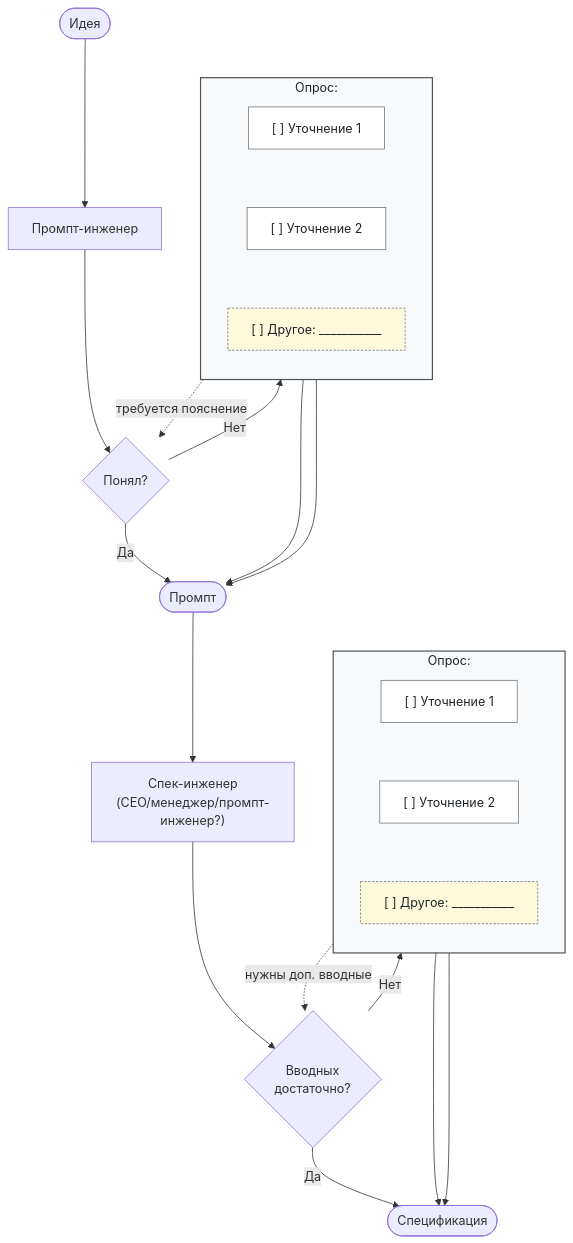
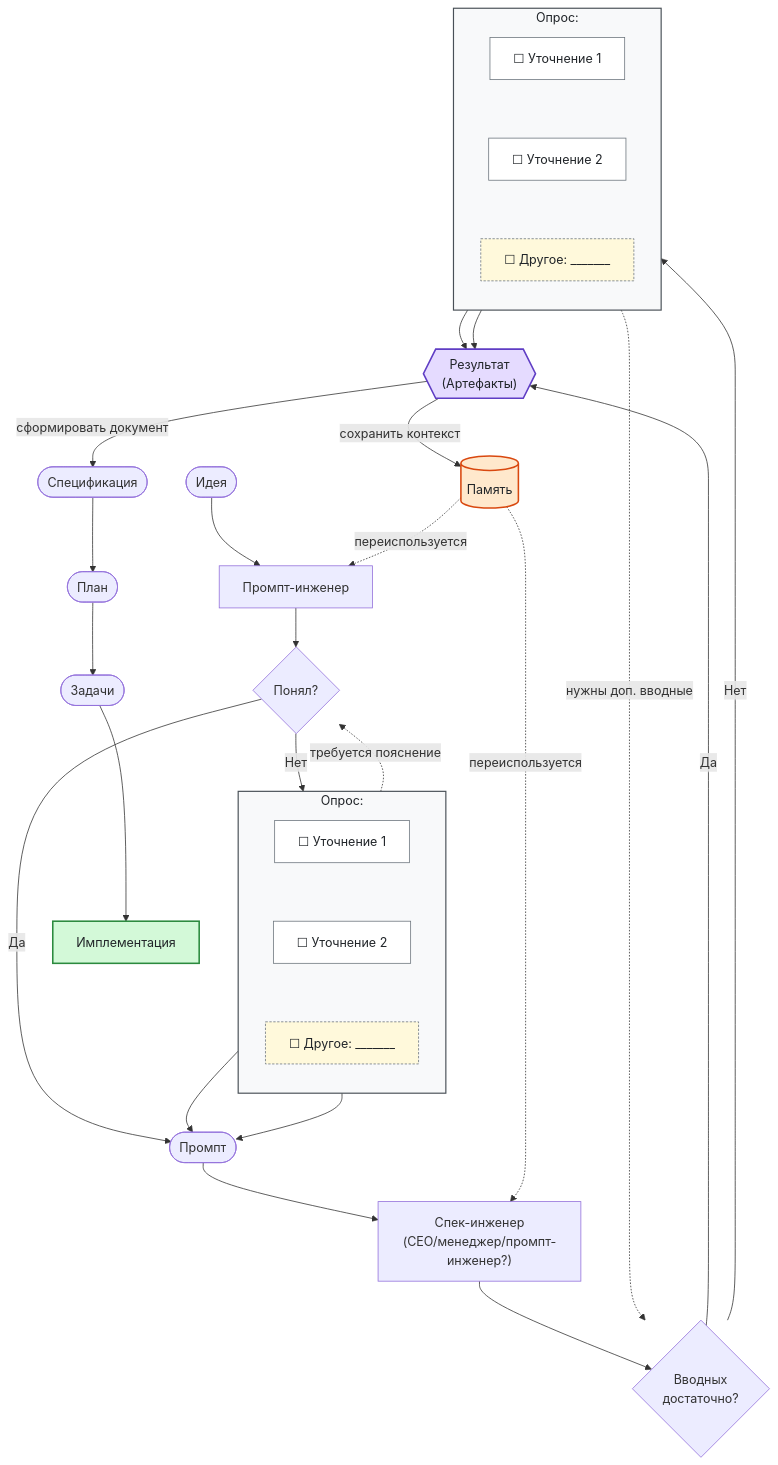
Before and after one commit to teratron/magic-spec: the diagram in .drafts/блок-схема.md, drawn with Mermaid. The commit also changed other lines of this file and 1 other file, not shown here.

Commit message:
Please provide the diff or the list of changes you would like summarized.

````diff
--- a/.drafts/блок-схема.md
+++ b/.drafts/блок-схема.md
@@ -3,55 +5,75 @@
 ```mermaid
 flowchart TD
     %% ================= БЛОК 1: ИДЕЯ -> ПРОМПТ =================
     A(["Идея"]) --> B["Промпт-инженер"] --> C{"Понял?"}
 
     C -->|Нет| D1
 
     subgraph D["Опрос:"]
         direction TB
-        D1["[ ] Уточнение 1"]
-        D2["[ ] Уточнение 2"]
-        D3["[ ] Другое: ___________"]
+        D1["☐ Уточнение 1"]
+        D2["☐ Уточнение 2"]
+        D3["☐ Другое: _______"]
         D1 ~~~ D2
         D2 ~~~ D3
     end
 
     D1 --> E(["Промпт"])
     D2 --> E
     D3 -.->|требуется пояснение| C
     C -->|Да| E
 
     %% не даёт "Промпт" всплыть на уровень D3
     D3 ~~~ E
 
     %% ================= БЛОК 2: ПРОМПТ -> СПЕЦИФИКАЦИЯ =================
     E --> F["Спек-инженер<br />(CEO/менеджер/промпт-инженер?)"] --> G{"Вводных<br />достаточно?"}
 
     G -->|Нет| S1
 
     subgraph S["Опрос:"]
         direction TB
-        S1["[ ] Уточнение 1"]
-        S2["[ ] Уточнение 2"]
-        S3["[ ] Другое: ___________"]
+        S1["☐ Уточнение 1"]
+        S2["☐ Уточнение 2"]
+        S3["☐ Другое: _______"]
         S1 ~~~ S2
         S2 ~~~ S3
-
     end
 
-    S1 --> H(["Спецификация"])
-    S2 --> H
+    S1 --> R{{"Результат<br />(Артефакты)"}}
+    S2 --> R
     S3 -.->|нужны доп. вводные| G
-    G -->|Да| H
+    G -->|Да| R
 
-    %% не даёт "Спецификация" всплыть на уровень S3
-    S3 ~~~ H
+    %% не даёт "Артефакты" всплыть на уровень S3
+    S3 ~~~ R
+
+    %% ================= БЛОК 3: СПЕЦИФИКАЦИЯ -> ИМПЛЕМЕНТАЦИЯ =================
+    R -->|сохранить контекст| M[(Память)]
+    R -->|сформировать документ| H(["Спецификация"])
+    %% H --> I(["План"]) --> J(["Задачи"]) --> K["Имплементация"]
+    H --> I(["План"])
+    I --> J(["Задачи"])
+    J --> K["Имплементация"]
+
+    %% память питает следующие итерации
+    M -.->|переиспользуется| B
+    M -.->|переиспользуется| F
+
+    %% не даёт "Память" всплыть на уровень "Артефакты"
+    R ~~~ M
 
     %% --- оформление ---
     classDef item fill:#FFFFFF,stroke:#6C757D,stroke-width:1px,color:#212529
     classDef other fill:#FFF9DB,stroke:#6C757D,stroke-width:1px,stroke-dasharray:3 2,color:#212529
+    classDef work fill:#D3F9D8,stroke:#2B8A3E,stroke-width:2px,color:#212529
+    classDef hub fill:#E5DBFF,stroke:#5F3DC4,stroke-width:2px,color:#212529
+    classDef store fill:#FFE8CC,stroke:#D9480F,stroke-width:2px,color:#212529
     class D1,D2,S1,S2 item
     class D3,S3 other
+    class R hub
+    class M store
+    class K work
     style D fill:#F8F9FA,stroke:#495057,stroke-width:1.5px,color:#212529
     style S fill:#F8F9FA,stroke:#495057,stroke-width:1.5px,color:#212529
 ```
````
